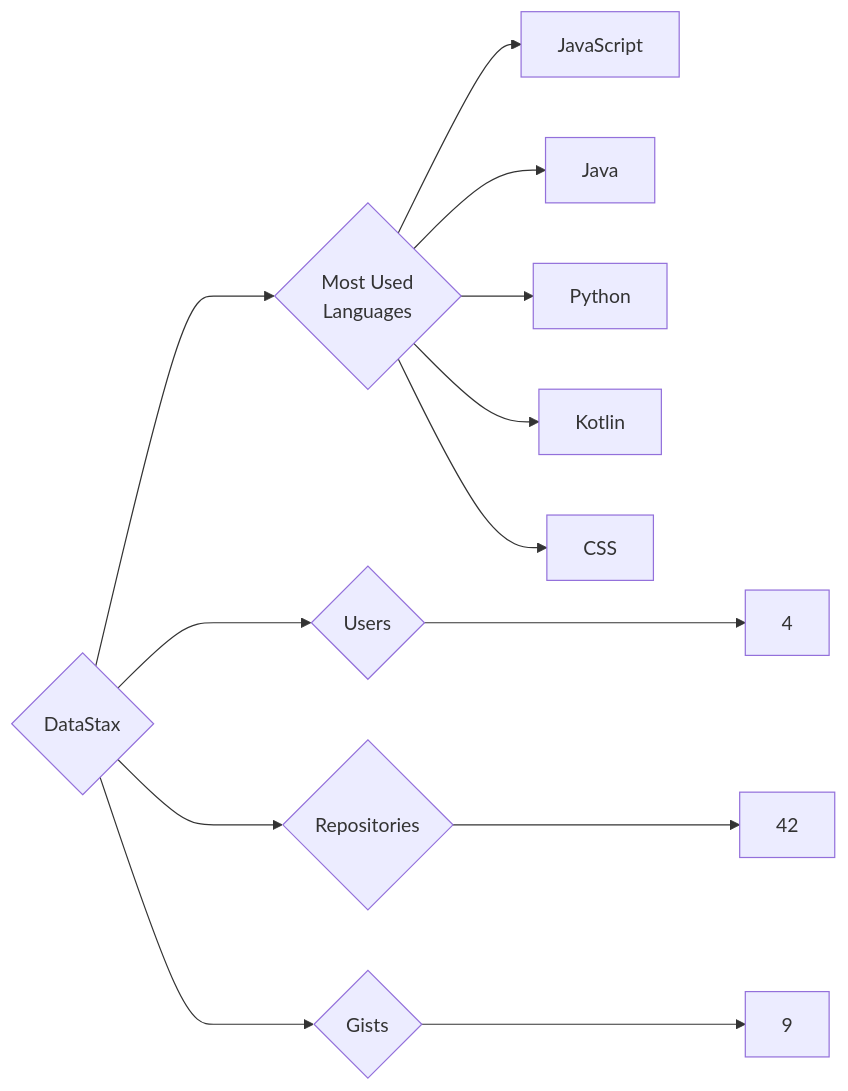
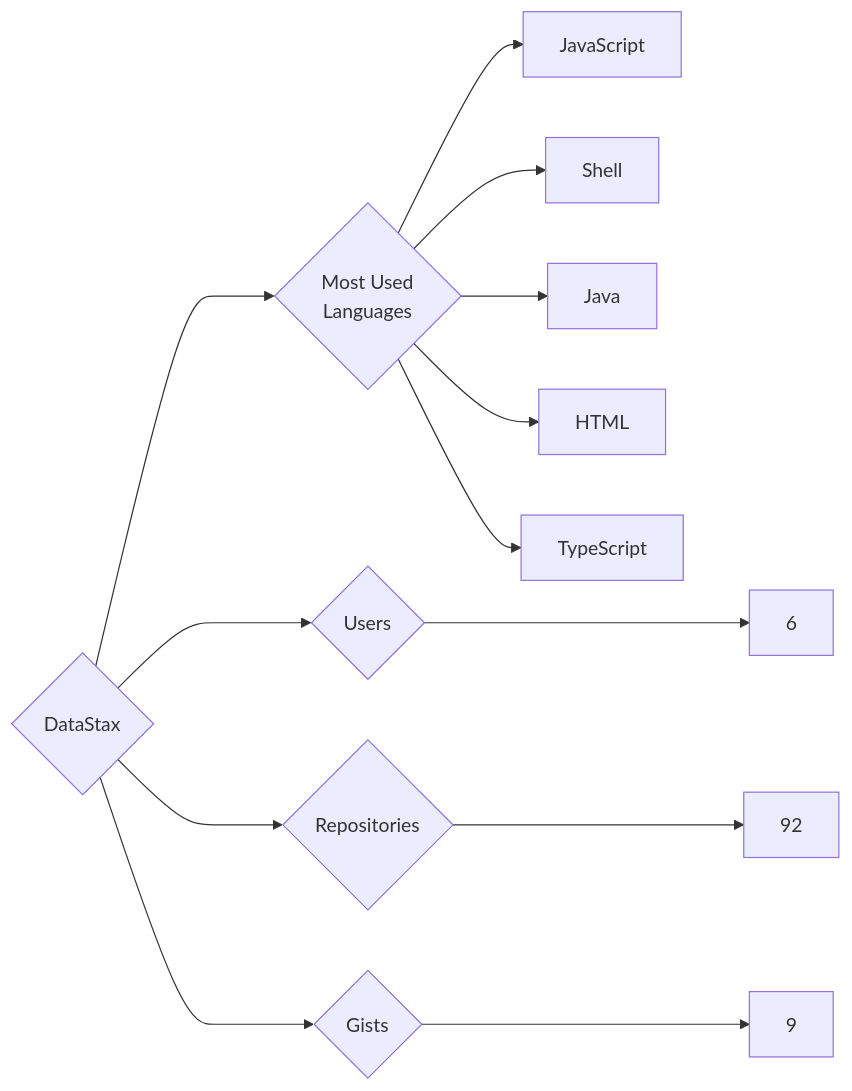
The diagram in targets/DataStax/README.md (trickest/insiders), drawn with Mermaid before and after one commit. The commit also changed 1055 other files, not shown here.

````diff
--- a/targets/DataStax/README.md
+++ b/targets/DataStax/README.md
@@ -3,13 +3,13 @@
 ```mermaid
 graph LR
 COMPANY_NAME{DataStax}
-COMPANY_NAME ---> U{Users} ---> UN[4]
-COMPANY_NAME ---> R{Repositories} ---> RN[42]
+COMPANY_NAME ---> U{Users} ---> UN[6]
+COMPANY_NAME ---> R{Repositories} ---> RN[92]
 COMPANY_NAME ---> G{Gists} ---> GN[9]
 COMPANY_NAME ---> ML{Most Used<br>Languages}
 ML --> JavaScript[JavaScript]
+ML --> Shell[Shell]
 ML --> Java[Java]
-ML --> Python[Python]
-ML --> Kotlin[Kotlin]
-ML --> CSS[CSS]
+ML --> HTML[HTML]
+ML --> TypeScript[TypeScript]
 ```
````
